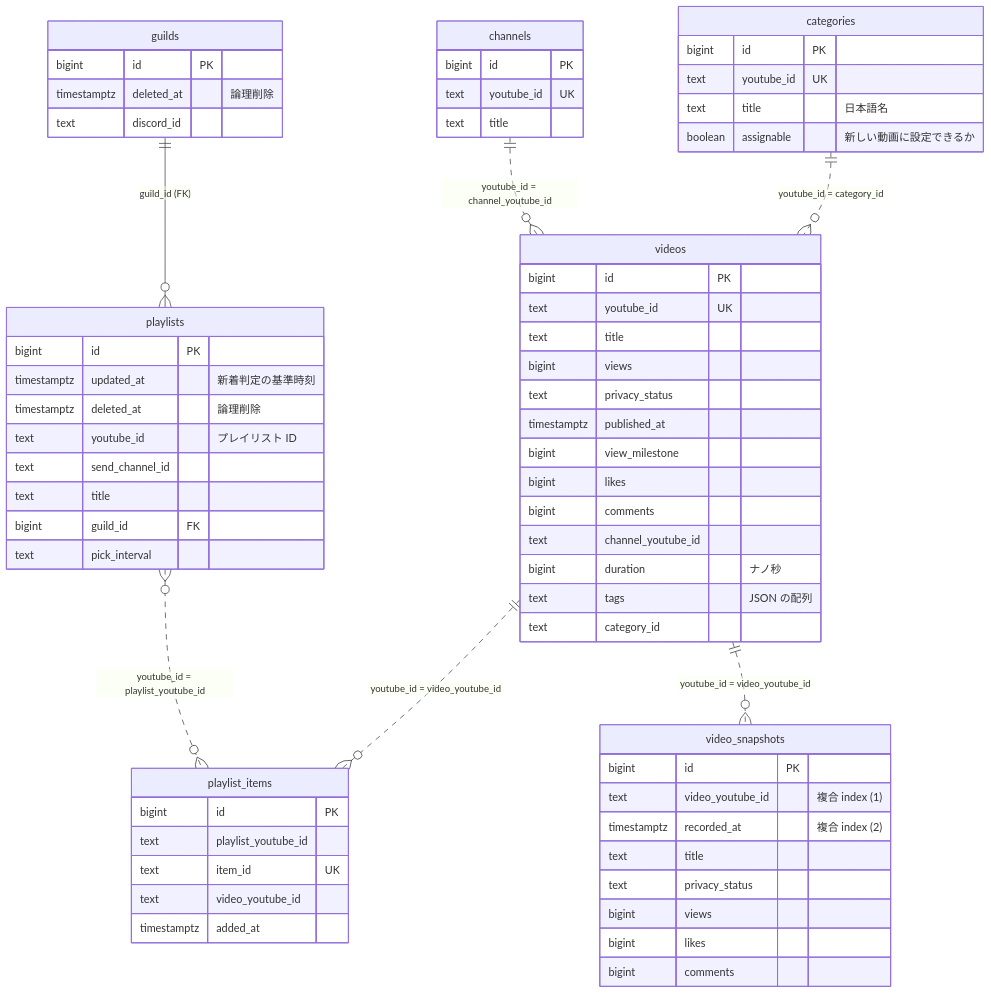
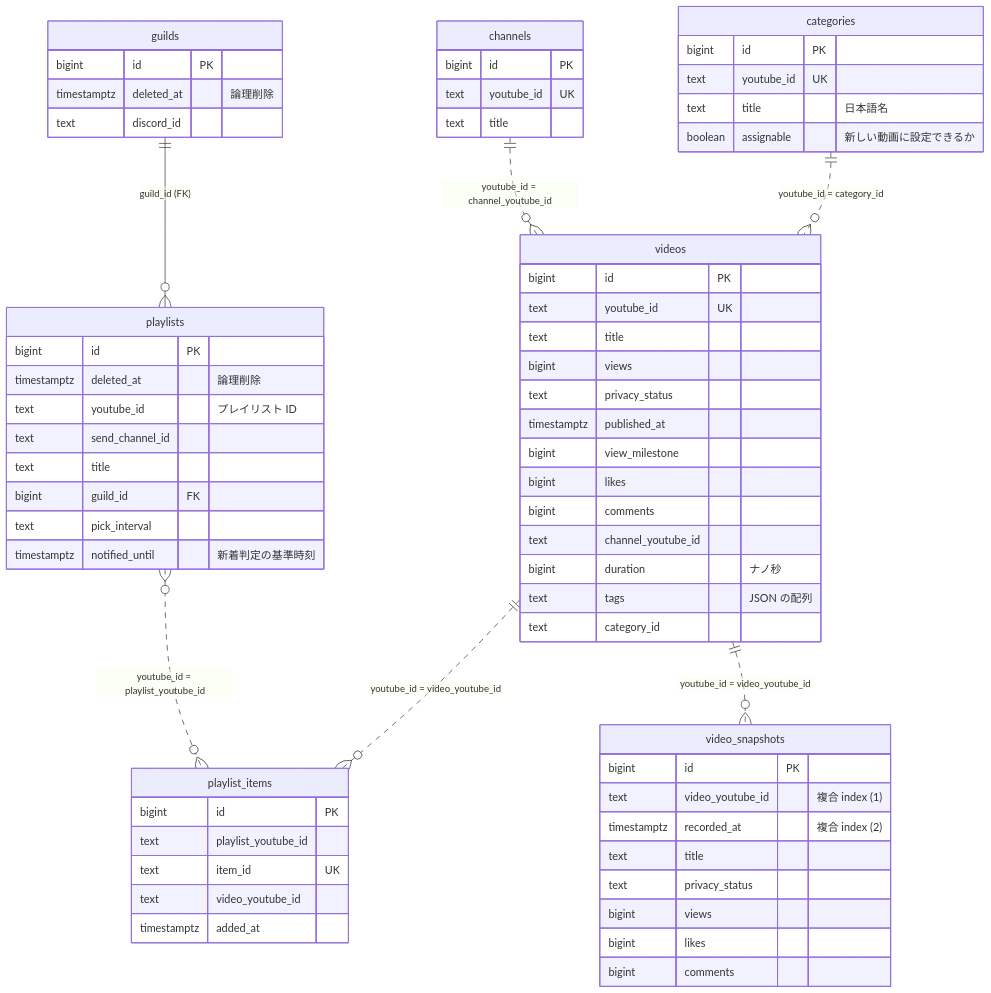
Before and after one commit to tabo-syu/discord-playlist-notifier: the first of 5 diagrams in README.md, drawn with Mermaid. The commit also changed other lines of this file and 20 other files, not shown here.

First line of the commit message:
[refactor] 新着動画の通知の基準時刻を UpdatedAt から NotifiedUntil に分ける

````diff
--- a/README.md
+++ b/README.md
@@ -300,68 +300,68 @@
 ```mermaid
 erDiagram
     guilds ||--o{ playlists : "guild_id (FK)"
     playlists }o..o{ playlist_items : "youtube_id = playlist_youtube_id"
     videos ||..o{ playlist_items : "youtube_id = video_youtube_id"
     videos ||..o{ video_snapshots : "youtube_id = video_youtube_id"
     channels ||..o{ videos : "youtube_id = channel_youtube_id"
     categories ||..o{ videos : "youtube_id = category_id"
 
     guilds {
         bigint id PK
         timestamptz deleted_at "論理削除"
         text discord_id
     }
     playlists {
         bigint id PK
-        timestamptz updated_at "新着判定の基準時刻"
         timestamptz deleted_at "論理削除"
         text youtube_id "プレイリスト ID"
         text send_channel_id
         text title
         bigint guild_id FK
         text pick_interval
+        timestamptz notified_until "新着判定の基準時刻"
     }
     playlist_items {
         bigint id PK
         text playlist_youtube_id
         text item_id UK
         text video_youtube_id
         timestamptz added_at
     }
     videos {
         bigint id PK
         text youtube_id UK
         text title
         bigint views
         text privacy_status
         timestamptz published_at
         bigint view_milestone
         bigint likes
         bigint comments
         text channel_youtube_id
         bigint duration "ナノ秒"
         text tags "JSON の配列"
         text category_id
     }
     channels {
         bigint id PK
         text youtube_id UK
         text title
     }
     categories {
         bigint id PK
         text youtube_id UK
         text title "日本語名"
         boolean assignable "新しい動画に設定できるか"
     }
     video_snapshots {
         bigint id PK
         text video_youtube_id "複合 index (1)"
         timestamptz recorded_at "複合 index (2)"
         text title
         text privacy_status
         bigint views
         bigint likes
         bigint comments
     }
 ```
````
